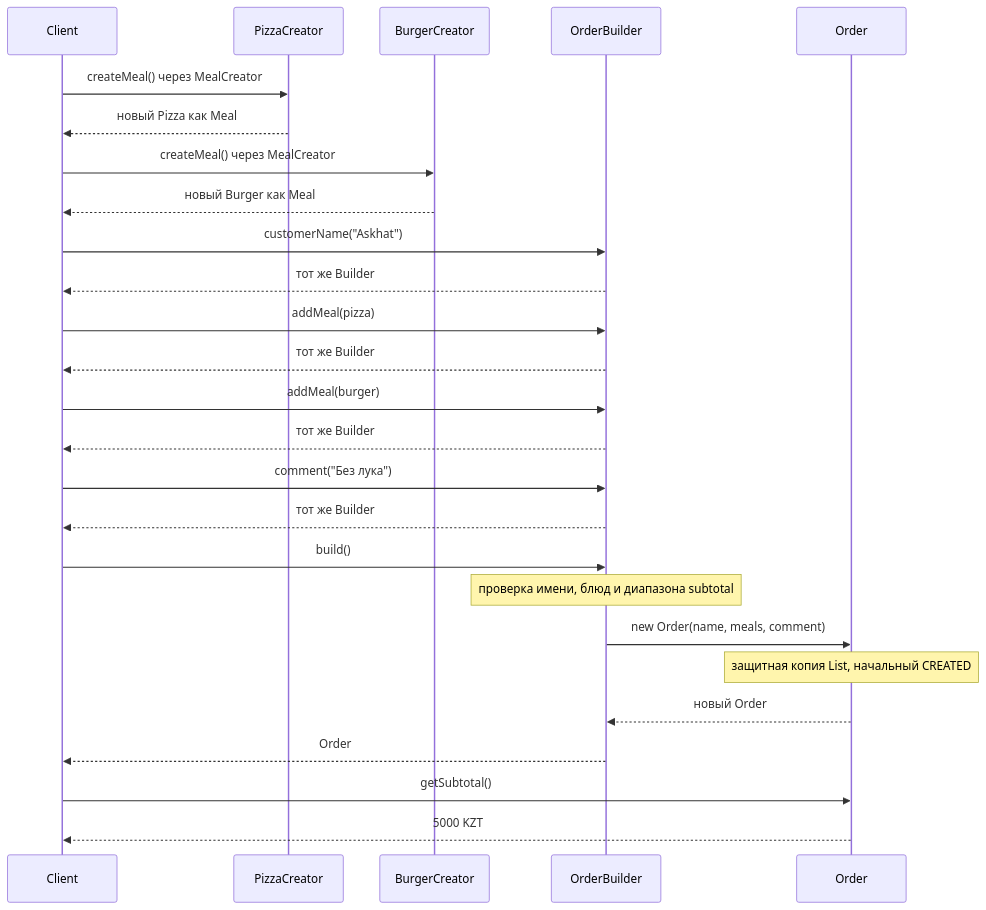
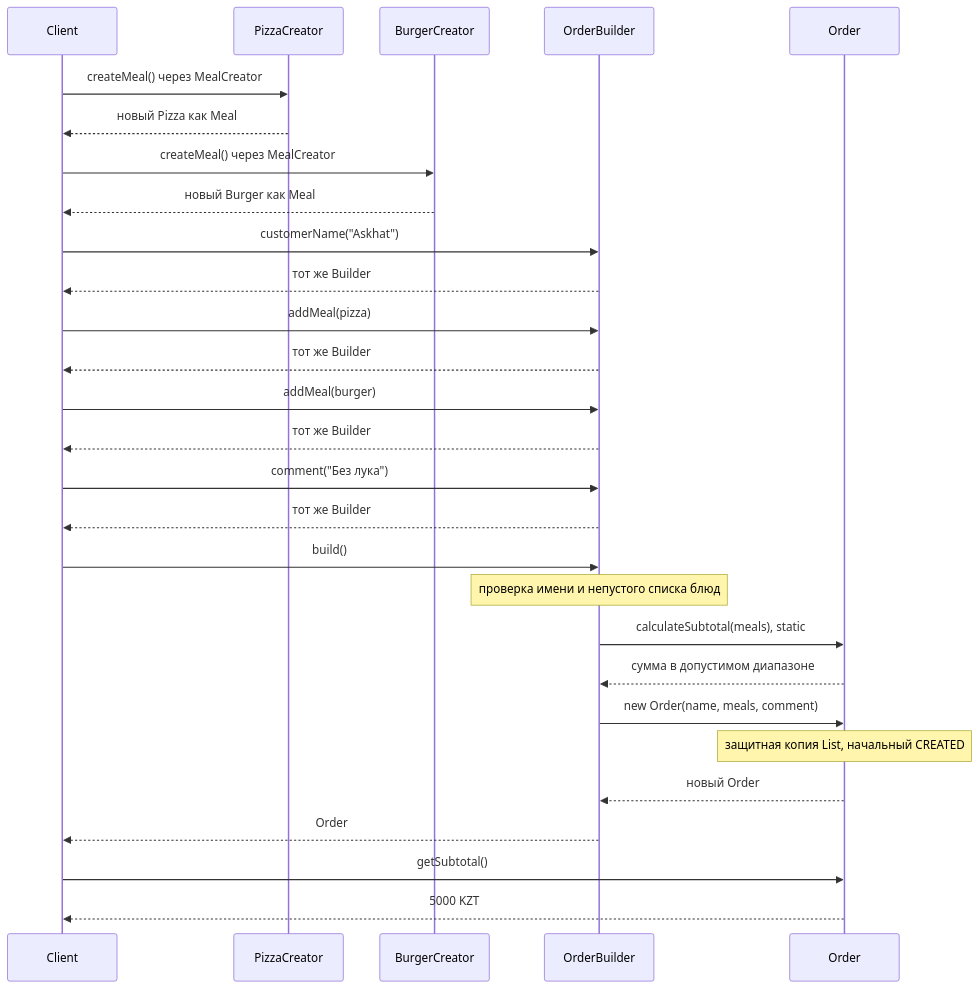
One commit to ShagFoal/Restaurant-Ordering-System changed the second of 2 diagrams in docs/uml/askhat-factory-builder.md. Above: the diagram before and after it, drawn with Mermaid. The commit also changed other lines of this file and 4 other files, not shown here.

````diff
--- a/docs/uml/askhat-factory-builder.md
+++ b/docs/uml/askhat-factory-builder.md
@@ -80,28 +82,30 @@
 ```mermaid
 sequenceDiagram
     participant Client
     participant PizzaCreator
     participant BurgerCreator
     participant Builder as OrderBuilder
     participant Order
     Client->>PizzaCreator: createMeal() через MealCreator
     PizzaCreator-->>Client: новый Pizza как Meal
     Client->>BurgerCreator: createMeal() через MealCreator
     BurgerCreator-->>Client: новый Burger как Meal
     Client->>Builder: customerName("Askhat")
     Builder-->>Client: тот же Builder
     Client->>Builder: addMeal(pizza)
     Builder-->>Client: тот же Builder
     Client->>Builder: addMeal(burger)
     Builder-->>Client: тот же Builder
     Client->>Builder: comment("Без лука")
     Builder-->>Client: тот же Builder
     Client->>Builder: build()
-    Note over Builder: проверка имени, блюд и диапазона subtotal
+    Note over Builder: проверка имени и непустого списка блюд
+    Builder->>Order: calculateSubtotal(meals), static
+    Order-->>Builder: сумма в допустимом диапазоне
     Builder->>Order: new Order(name, meals, comment)
     Note over Order: защитная копия List, начальный CREATED
     Order-->>Builder: новый Order
     Builder-->>Client: Order
     Client->>Order: getSubtotal()
     Order-->>Client: 5000 KZT
 ```
````
